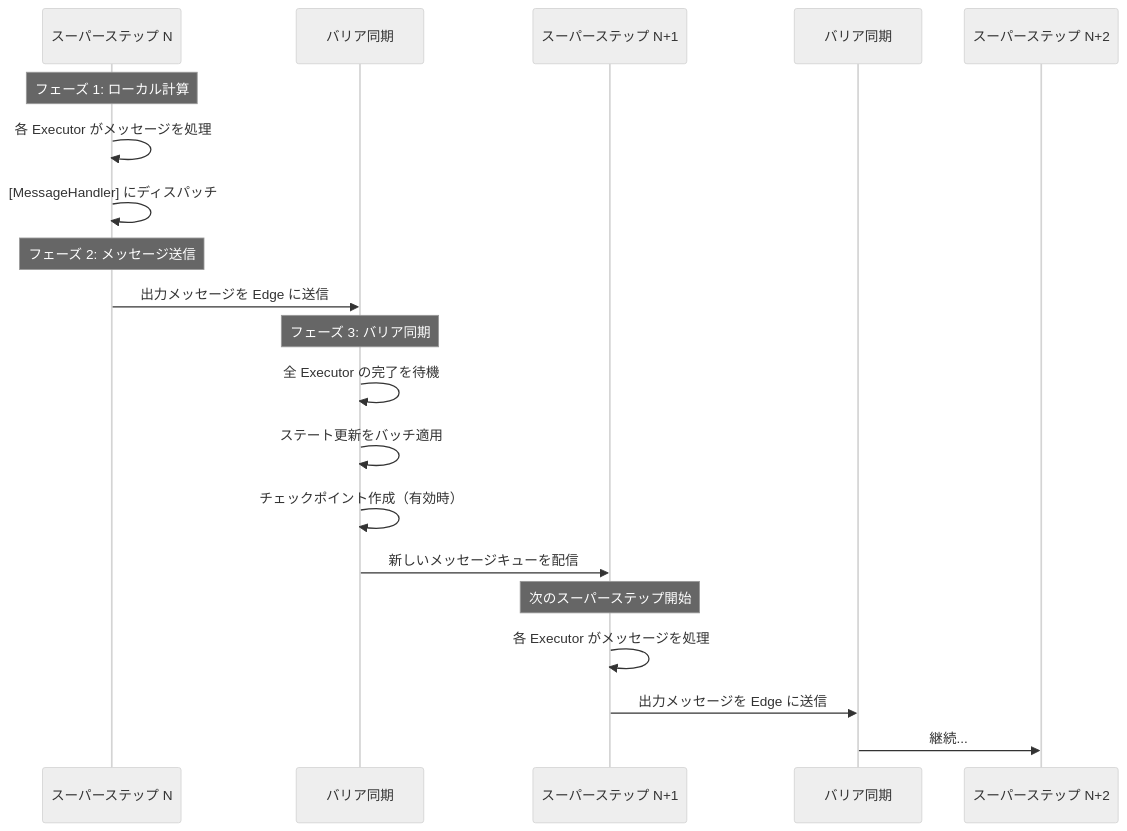
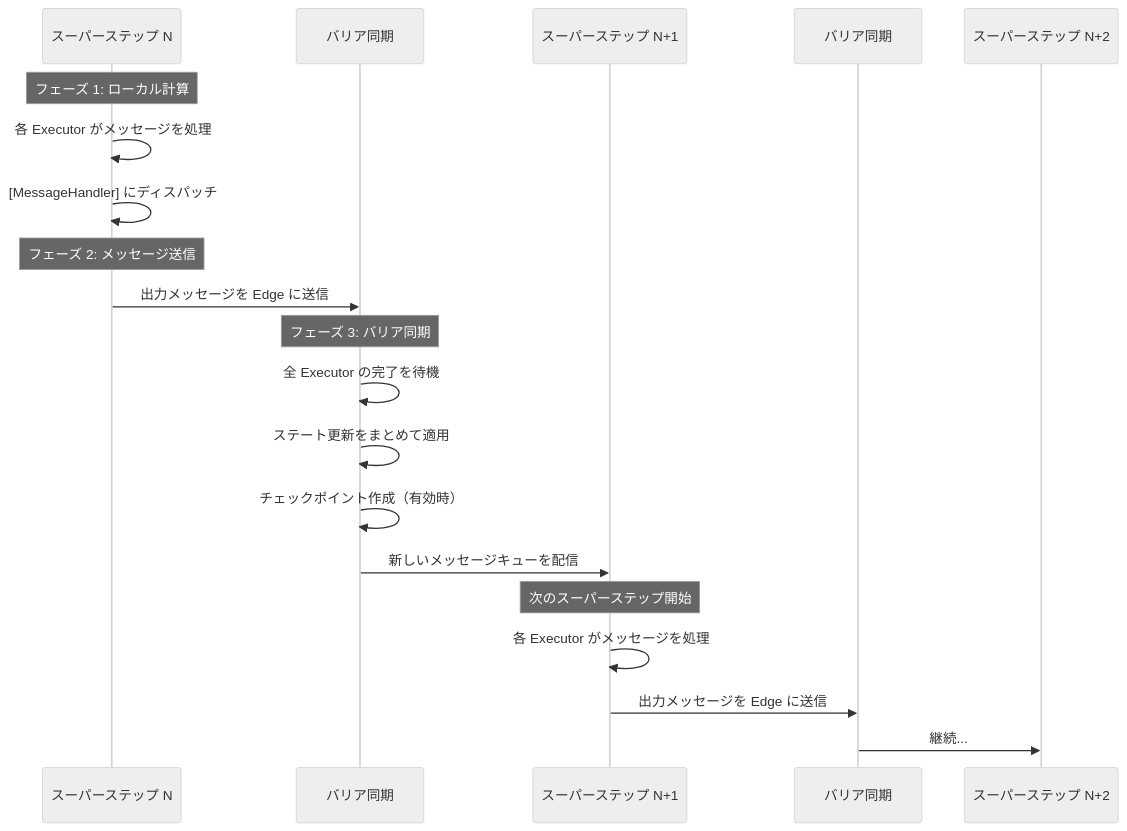
The first of 2 diagrams in content/blog/ja/agentic-workflow.mdx (yoichiozaki/yoichiozaki.github.io), drawn with Mermaid (neutral theme) before and after one commit. The commit also changed other lines of this file and 220 other files, not shown here.

````diff
--- a/content/blog/ja/agentic-workflow.mdx
+++ b/content/blog/ja/agentic-workflow.mdx
@@ -537,23 +529,23 @@
 ```mermaid
 sequenceDiagram
     participant SS1 as スーパーステップ N
     participant B1 as バリア同期
     participant SS2 as スーパーステップ N+1
     participant B2 as バリア同期
     participant SS3 as スーパーステップ N+2
 
     Note over SS1: フェーズ 1: ローカル計算
     SS1->>SS1: 各 Executor がメッセージを処理
     SS1->>SS1: [MessageHandler] にディスパッチ
     Note over SS1: フェーズ 2: メッセージ送信
     SS1->>B1: 出力メッセージを Edge に送信
     Note over B1: フェーズ 3: バリア同期
     B1->>B1: 全 Executor の完了を待機
-    B1->>B1: ステート更新をバッチ適用
+    B1->>B1: ステート更新をまとめて適用
     B1->>B1: チェックポイント作成（有効時）
     B1->>SS2: 新しいメッセージキューを配信
     Note over SS2: 次のスーパーステップ開始
     SS2->>SS2: 各 Executor がメッセージを処理
     SS2->>B2: 出力メッセージを Edge に送信
     B2->>SS3: 継続...
 ```
````
